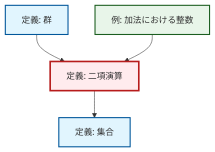
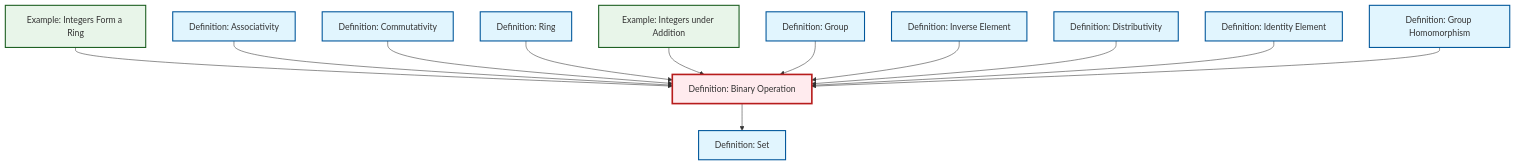
One commit to RK0429/ModernMath changed the diagram in content/ja/algebra/def-binary-operation.qmd. Above: the diagram before and after it, drawn with Mermaid. The commit also changed 203 other files, not shown here.

````diff
--- a/content/ja/algebra/def-binary-operation.qmd
+++ b/content/ja/algebra/def-binary-operation.qmd
@@ -60,21 +60,33 @@
 ```{mermaid}
-%%| fig-cap: "局所依存関係グラフ"
+%%| fig-cap: "Local dependency graph"
 graph TD
     classDef definition fill:#e1f5fe,stroke:#01579b,stroke-width:2px
     classDef theorem fill:#f3e5f5,stroke:#4a148c,stroke-width:2px
     classDef axiom fill:#fff3e0,stroke:#e65100,stroke-width:2px
     classDef example fill:#e8f5e9,stroke:#1b5e20,stroke-width:2px
     classDef current fill:#ffebee,stroke:#b71c1c,stroke-width:3px
-    def-binary-operation["定義: 二項演算"]:::definition
-    ex-integers-addition["例: 加法における整数"]:::example
-    def-set["定義: 集合"]:::definition
-    def-group["定義: 群"]:::definition
+    def-group["Definition: Group"]:::definition
+    def-identity-element["Definition: Identity Element"]:::definition
+    def-binary-operation["Definition: Binary Operation"]:::definition
+    def-commutativity["Definition: Commutativity"]:::definition
+    def-ring["Definition: Ring"]:::definition
+    def-inverse-element["Definition: Inverse Element"]:::definition
+    def-set["Definition: Set"]:::definition
+    def-homomorphism["Definition: Group Homomorphism"]:::definition
+    ex-integers-addition["Example: Integers under Addition"]:::example
+    ex-integers-ring["Example: Integers Form a Ring"]:::example
+    def-distributivity["Definition: Distributivity"]:::definition
+    def-associativity["Definition: Associativity"]:::definition
+    ex-integers-ring --> def-binary-operation
+    def-associativity --> def-binary-operation
+    def-commutativity --> def-binary-operation
+    def-ring --> def-binary-operation
+    ex-integers-addition --> def-binary-operation
     def-group --> def-binary-operation
-    ex-integers-addition --> def-binary-operation
     def-binary-operation --> def-set
+    def-inverse-element --> def-binary-operation
+    def-distributivity --> def-binary-operation
+    def-identity-element --> def-binary-operation
+    def-homomorphism --> def-binary-operation
     class def-binary-operation current
-
-    click ex-integers-addition "ex-integers-addition.html" "加法における整数の例へ"
-    click def-set "def-set.html" "集合の定義へ"
-    click def-group "def-group.html" "群の定義へ"
 ```
````
